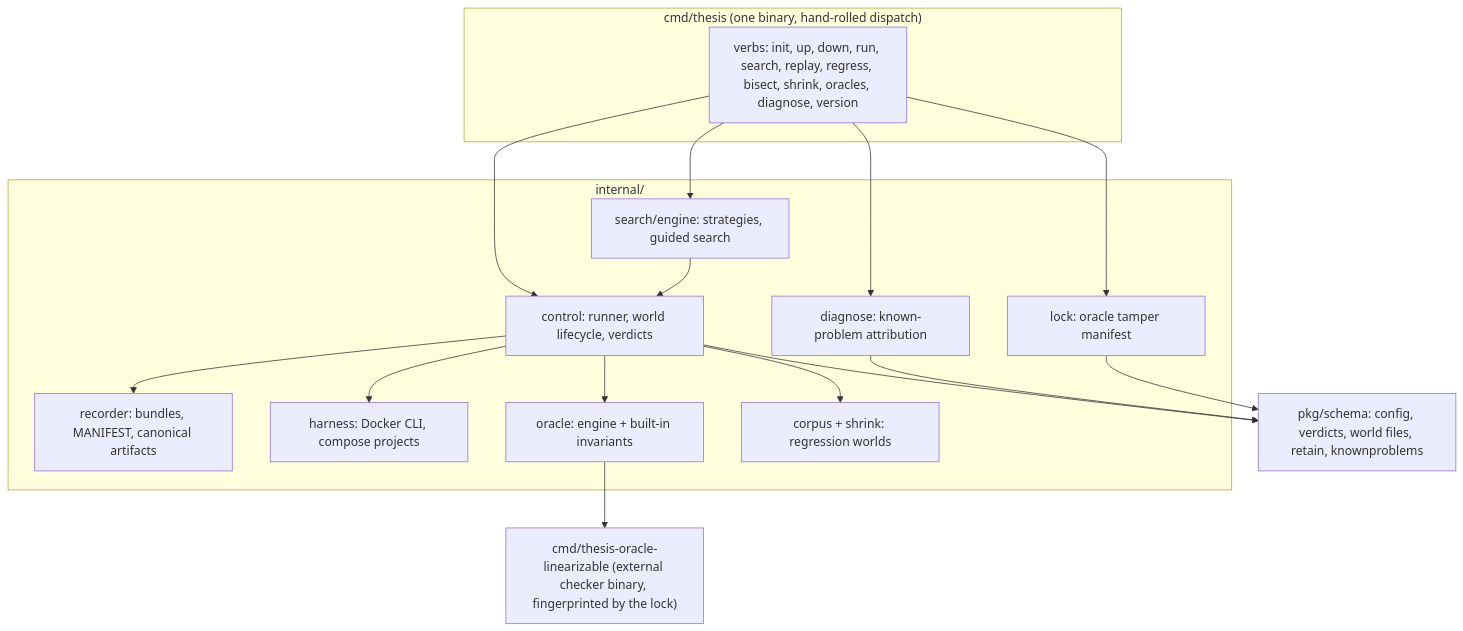
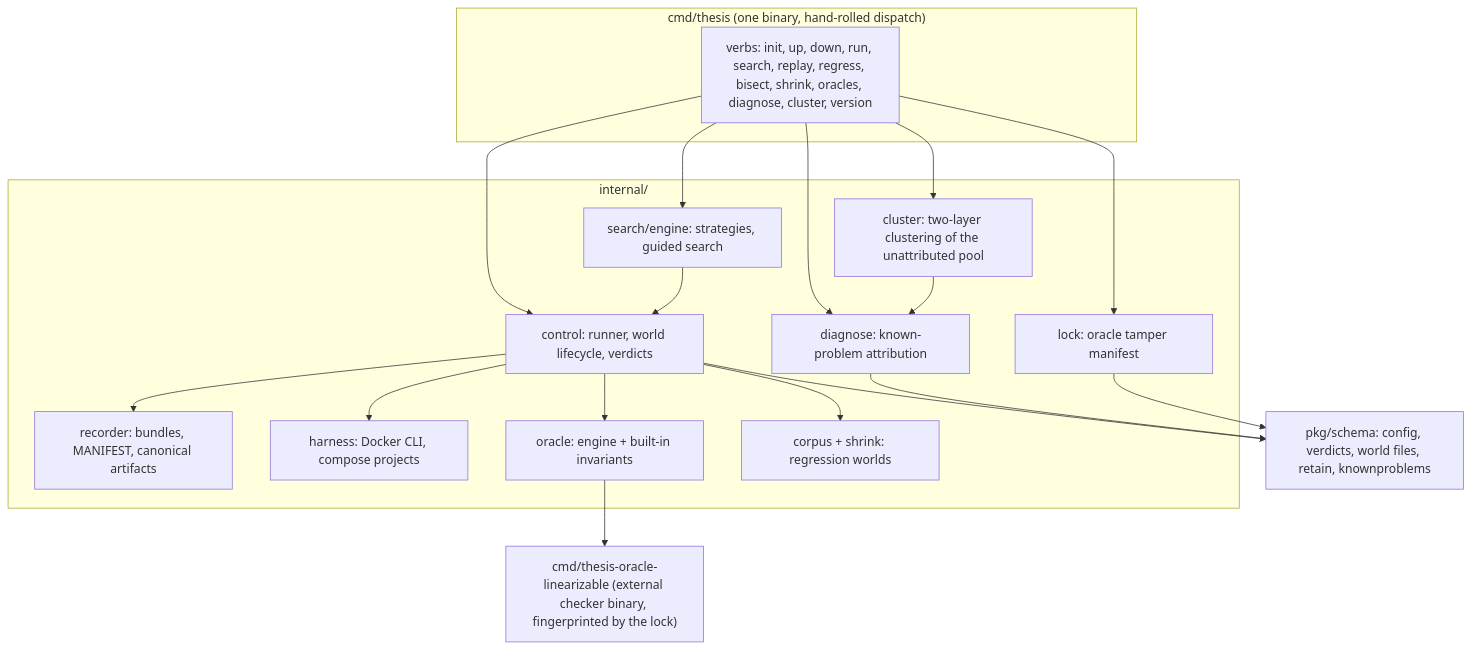
One commit to WrdCstlg/pro-thesis changed the first of 3 diagrams in docs/ARCHITECTURE.md. Above: the diagram before and after it, drawn with Mermaid. The commit also changed other lines of this file and 29 other files, not shown here.

First line of the commit message:
feat(cluster): two-layer clustering engine over the unattributed pool (D-084)

````diff
--- a/docs/ARCHITECTURE.md
+++ b/docs/ARCHITECTURE.md
@@ -9,32 +9,35 @@
 ```mermaid
 flowchart TD
     subgraph CLI["cmd/thesis (one binary, hand-rolled dispatch)"]
-        V["verbs: init, up, down, run, search, replay, regress, bisect, shrink, oracles, diagnose, version"]
+        V["verbs: init, up, down, run, search, replay, regress, bisect, shrink, oracles, diagnose, cluster, version"]
     end
     subgraph Core["internal/"]
         CTRL["control: runner, world lifecycle, verdicts"]
         SEARCH["search/engine: strategies, guided search"]
         REC["recorder: bundles, MANIFEST, canonical artifacts"]
         HAR["harness: Docker CLI, compose projects"]
         ORA["oracle: engine + built-in invariants"]
         DIAG["diagnose: known-problem attribution"]
+        CLU["cluster: two-layer clustering of the unattributed pool"]
         LOCK["lock: oracle tamper manifest"]
         CORP["corpus + shrink: regression worlds"]
     end
     SCHEMA["pkg/schema: config, verdicts, world files, retain, knownproblems"]
     CHECKER["cmd/thesis-oracle-linearizable (external checker binary, fingerprinted by the lock)"]
 
     V --> CTRL
     V --> SEARCH
     V --> DIAG
     CTRL --> REC
     CTRL --> HAR
     CTRL --> ORA
     SEARCH --> CTRL
     ORA --> CHECKER
     V --> LOCK
+    V --> CLU
+    CLU --> DIAG
     CTRL --> CORP
     CTRL --> SCHEMA
     DIAG --> SCHEMA
     LOCK --> SCHEMA
 ```
````
